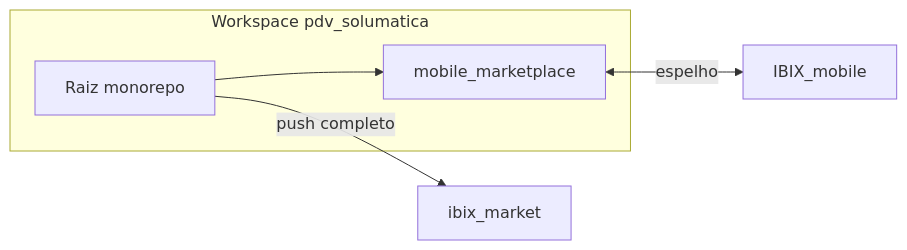
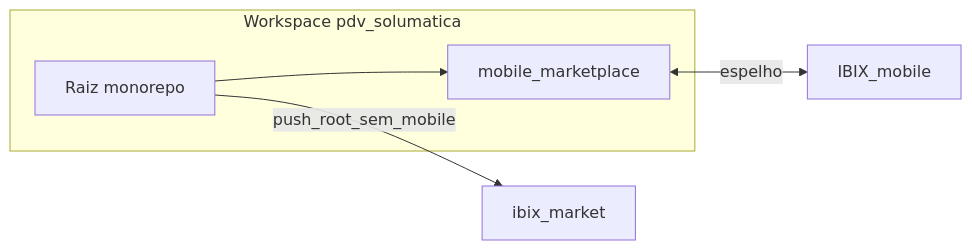
Before and after one commit to jkhons/ibix_market: the diagram in MAPA_SISTEMA/REPOSITORIOS_GITHUB.md, drawn with Mermaid. The commit also changed other lines of this file and 153 other files, not shown here.

Commit message:
sync: raiz PDV sem mobile_marketplace (2026-05-13)

````diff
--- a/MAPA_SISTEMA/REPOSITORIOS_GITHUB.md
+++ b/MAPA_SISTEMA/REPOSITORIOS_GITHUB.md
@@ -148,12 +150,12 @@
 ```mermaid
 flowchart LR
   subgraph local [Workspace pdv_solumatica]
     root[Raiz monorepo]
     mob[mobile_marketplace]
     root --> mob
   end
   GHmobile[IBIX_mobile]
   GHmono[ibix_market]
   mob <-->|espelho| GHmobile
-  root -->|push completo| GHmono
+  root -->|push_root_sem_mobile| GHmono
 ```
````
